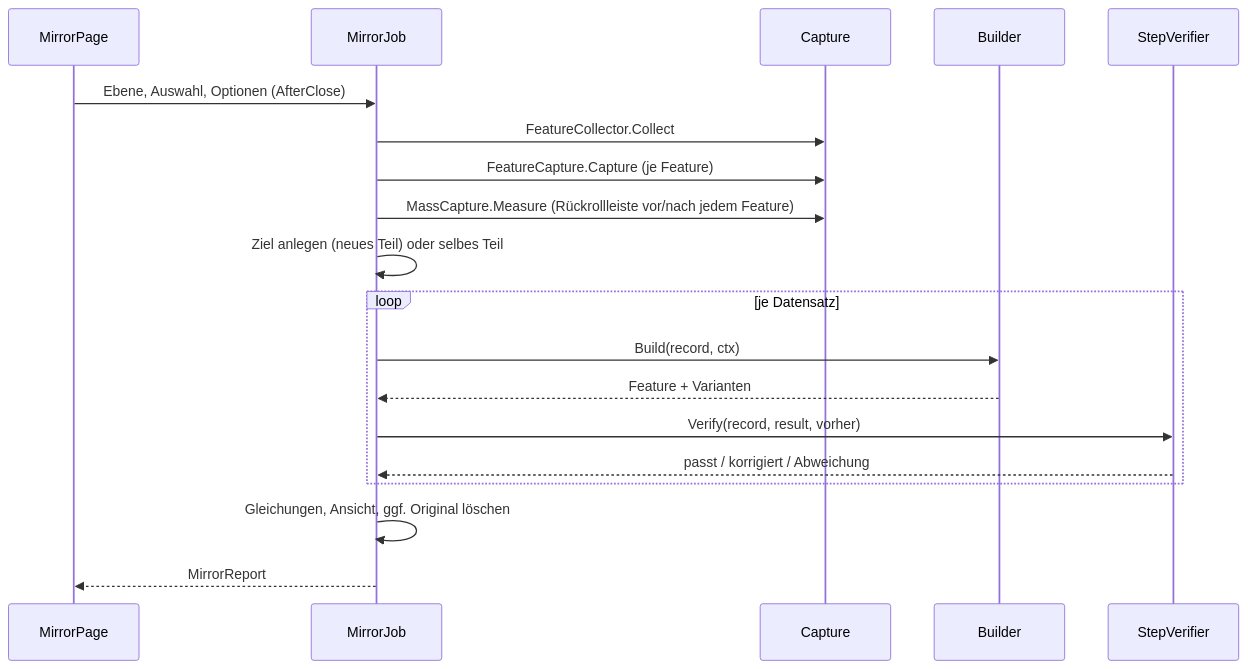
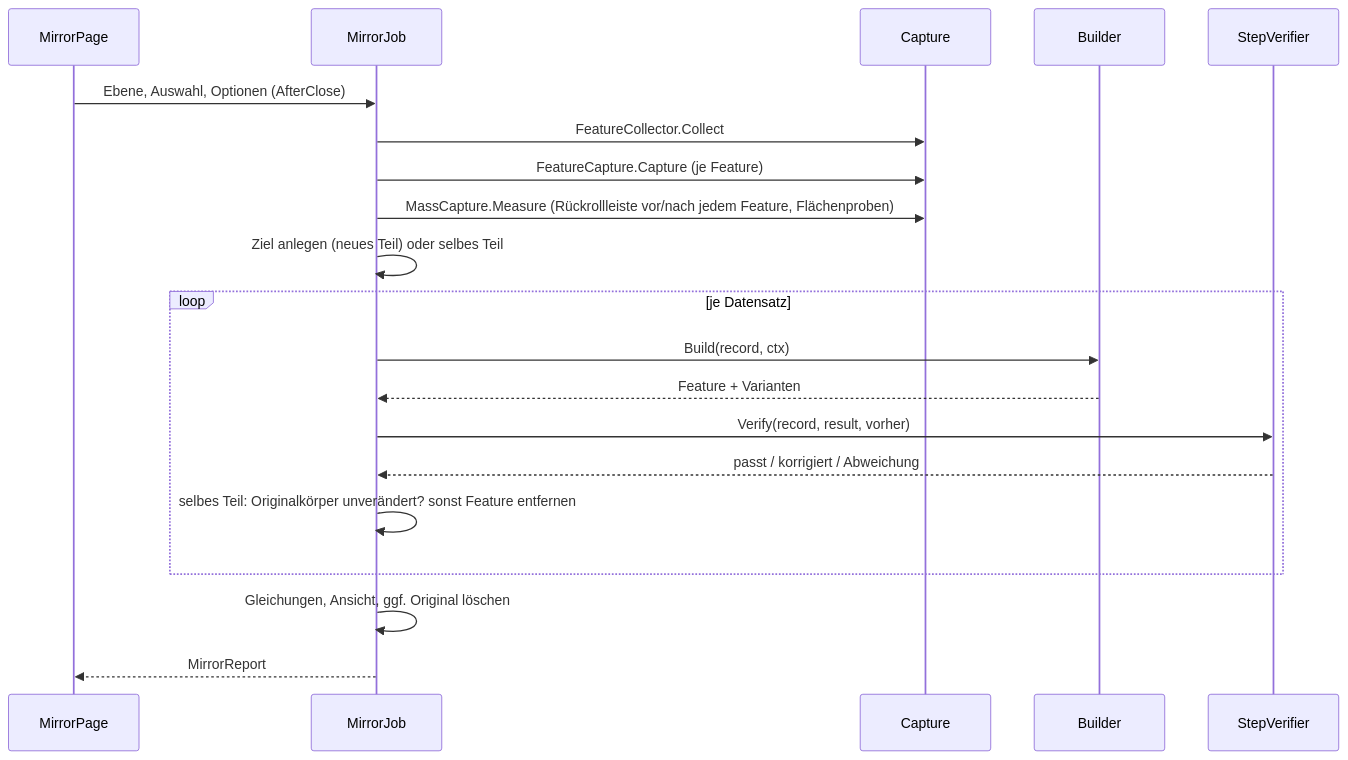
The second of 2 diagrams in spiegelwerk/docs/ARCHITEKTUR.md (VanillaIce1983/Claude), drawn with Mermaid before and after one commit. The commit also changed other lines of this file and 30 other files, not shown here.

````diff
--- a/spiegelwerk/docs/ARCHITEKTUR.md
+++ b/spiegelwerk/docs/ARCHITEKTUR.md
@@ -76,21 +78,22 @@
 ```mermaid
 sequenceDiagram
     participant UI as MirrorPage
     participant Job as MirrorJob
     participant Cap as Capture
     participant B as Builder
     participant V as StepVerifier
     UI->>Job: Ebene, Auswahl, Optionen (AfterClose)
     Job->>Cap: FeatureCollector.Collect
     Job->>Cap: FeatureCapture.Capture (je Feature)
-    Job->>Cap: MassCapture.Measure (Rückrollleiste vor/nach jedem Feature)
+    Job->>Cap: MassCapture.Measure (Rückrollleiste vor/nach jedem Feature, Flächenproben)
     Job->>Job: Ziel anlegen (neues Teil) oder selbes Teil
     loop je Datensatz
         Job->>B: Build(record, ctx)
         B-->>Job: Feature + Varianten
         Job->>V: Verify(record, result, vorher)
         V-->>Job: passt / korrigiert / Abweichung
+        Job->>Job: selbes Teil: Originalkörper unverändert? sonst Feature entfernen
     end
     Job->>Job: Gleichungen, Ansicht, ggf. Original löschen
     Job-->>UI: MirrorReport
 ```
````
